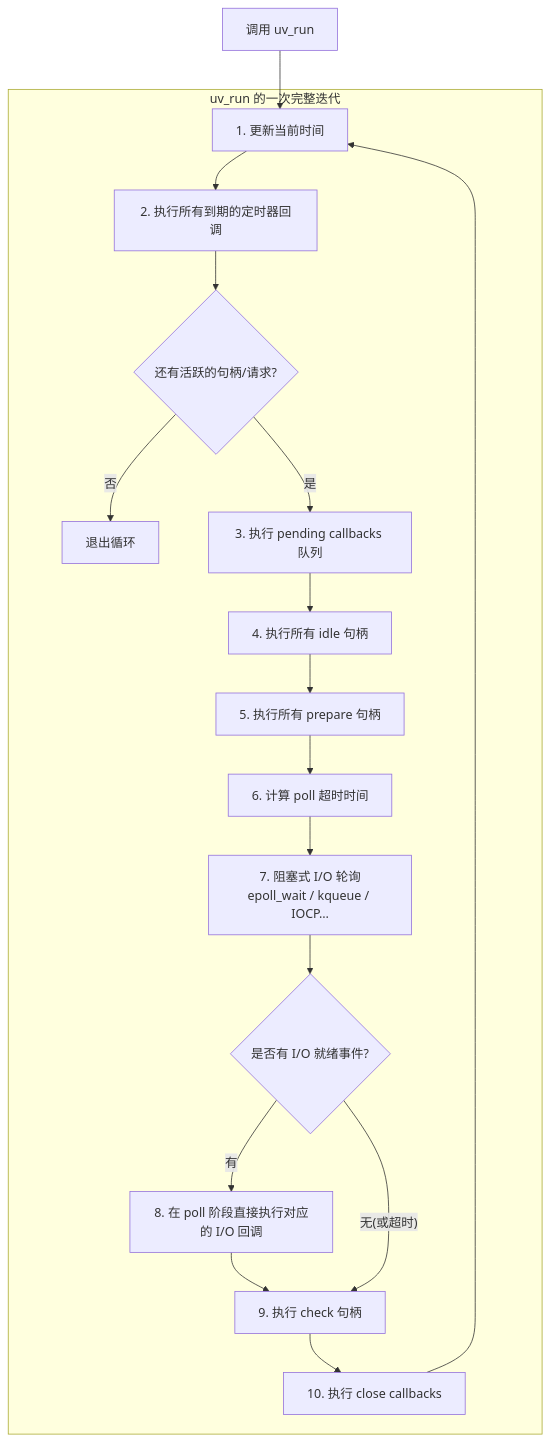
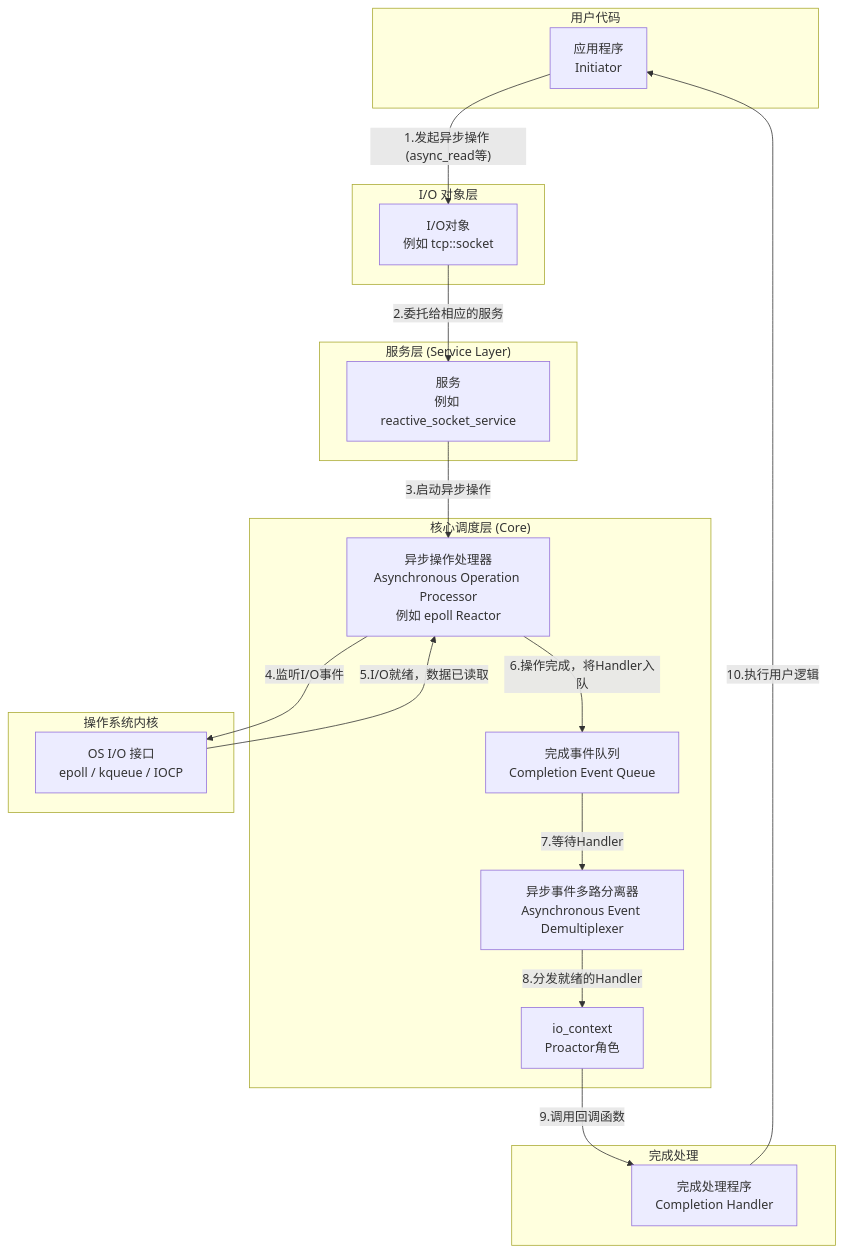
Before and after one commit to zhanglidada/mynotes: the seventh of 8 diagrams in 工作相关/网络/开源网路库.md, drawn with Mermaid. The commit also changed other lines of this file and 1 other file, not shown here.

````diff
--- a/工作相关/网络/开源网路库.md
+++ b/工作相关/网络/开源网路库.md
@@ -238,20 +283,40 @@
 ```mermaid
 graph TD
-    L[调用 uv_run] --> A
-    subgraph uv_run 的一次完整迭代
-        A[1. 更新当前时间] --> B[2. 执行所有到期的定时器回调]
-        B --> C{还有活跃的句柄/请求?}
-        C -- 否 --> Z[退出循环]
-        C -- 是 --> D[3. 执行 pending callbacks 队列]
-        D --> E[4. 执行所有 idle 句柄]
-        E --> F[5. 执行所有 prepare 句柄]
-        F --> G[6. 计算 poll 超时时间]
-        G --> H[7. 阻塞式 I/O 轮询<br>epoll_wait / kqueue / IOCP…]
-        H --> I{是否有 I/O 就绪事件?}
-        I -- 有 --> J[8. 在 poll 阶段直接执行对应的 I/O 回调]
-        J --> K[9. 执行 check 句柄]
-        I -- 无(或超时) --> K
-        K --> L2[10. 执行 close callbacks]
-        L2 --> A
+    subgraph "用户代码"
+        A[应用程序<br>Initiator] 
     end
+
+    subgraph "I/O 对象层"
+        B[I/O对象<br>例如 tcp::socket]
+    end
+
+    subgraph "服务层 (Service Layer)"
+        C[服务<br>例如 reactive_socket_service]
+    end
+
+    subgraph "核心调度层 (Core)"
+        D[io_context<br>Proactor角色]
+        E[完成事件队列<br>Completion Event Queue]
+        F[异步事件多路分离器<br>Asynchronous Event Demultiplexer]
+        G[异步操作处理器<br>Asynchronous Operation Processor<br>例如 epoll Reactor]
+    end
+
+    subgraph "操作系统内核"
+        H[OS I/O 接口<br>epoll / kqueue / IOCP]
+    end
+
+    subgraph "完成处理"
+        I[完成处理程序<br>Completion Handler]
+    end
+
+    A -- "1.发起异步操作 (async_read等)" --> B
+    B -- "2.委托给相应的服务" --> C
+    C -- "3.启动异步操作" --> G
+    G -- "4.监听I/O事件" --> H
+    H -- "5.I/O就绪，数据已读取" --> G
+    G -- "6.操作完成，将Handler入队" --> E
+    E -- "7.等待Handler" --> F
+    F -- "8.分发就绪的Handler" --> D
+    D -- "9.调用回调函数" --> I
+    I -- "10.执行用户逻辑" --> A
 ```
````
